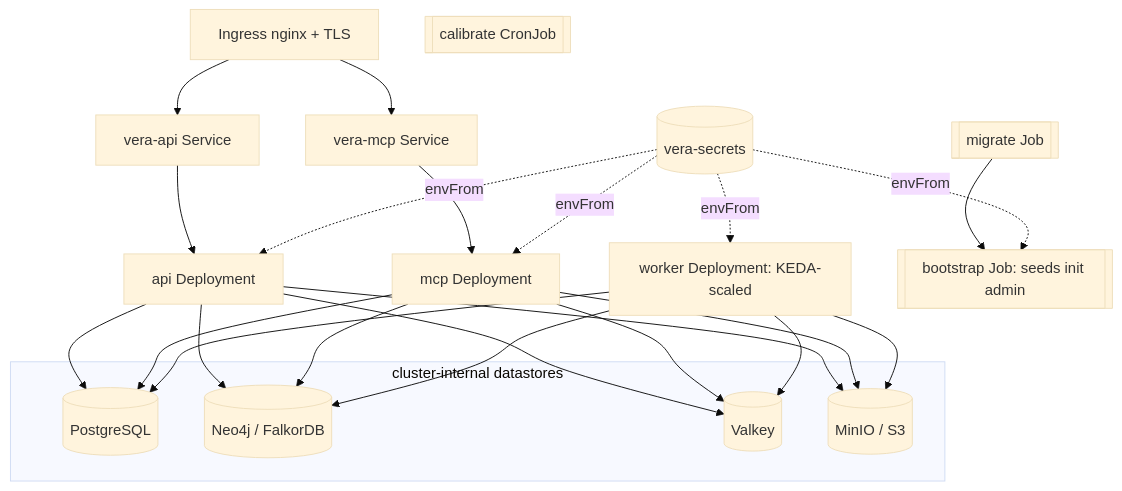
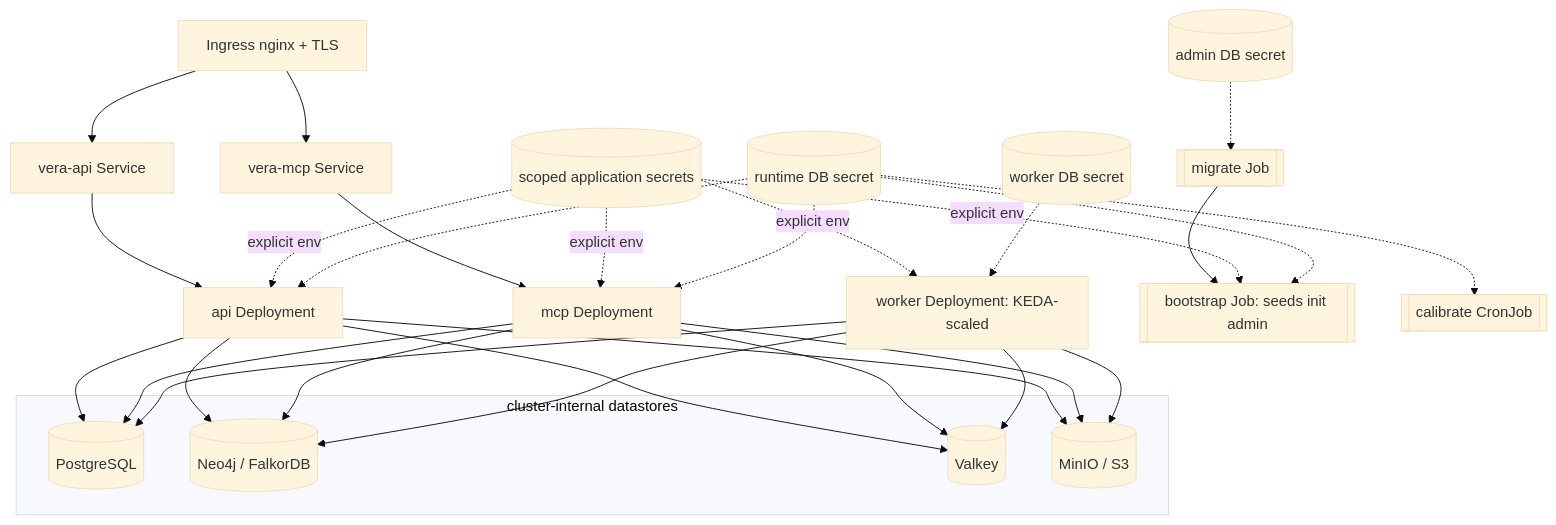
One commit to KKloudTarus/vera changed the diagram in docs/deployment.md. Above: the diagram before and after it, drawn with Mermaid (base theme). The commit also changed other lines of this file and 96 other files, not shown here.

````diff
--- a/docs/deployment.md
+++ b/docs/deployment.md
@@ -123,17 +138,20 @@
 ```mermaid
 flowchart TB
   ING[Ingress nginx + TLS] --> SA[vera-api Service] & SM[vera-mcp Service]
   SA --> DA[api Deployment]
   SM --> DM[mcp Deployment]
   DW[worker Deployment: KEDA-scaled]
   JM[[migrate Job]] --> JB[[bootstrap Job: seeds init admin]]
   CC[[calibrate CronJob]]
   subgraph Data[cluster-internal datastores]
     PG[(PostgreSQL)]
     GR[(Neo4j / FalkorDB)]
     VK[(Valkey)]
     MO[(MinIO / S3)]
   end
   DA & DM & DW --> PG & GR & VK & MO
-  SEC[(vera-secrets)] -. envFrom .-> DA & DM & DW & JB
+  SEC[(scoped application secrets)] -. explicit env .-> DA & DM & DW & JB
+  RDB[(runtime DB secret)] -.-> DA & DM & JB & CC
+  WDB[(worker DB secret)] -.-> DW
+  ADB[(admin DB secret)] -.-> JM
 ```
````
